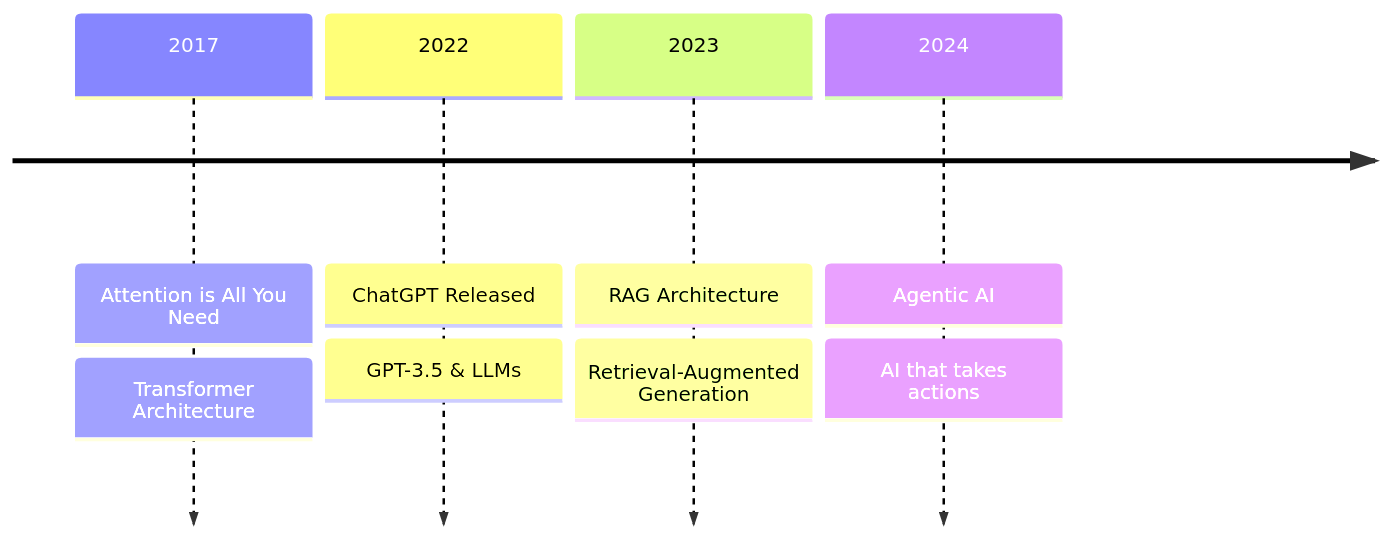
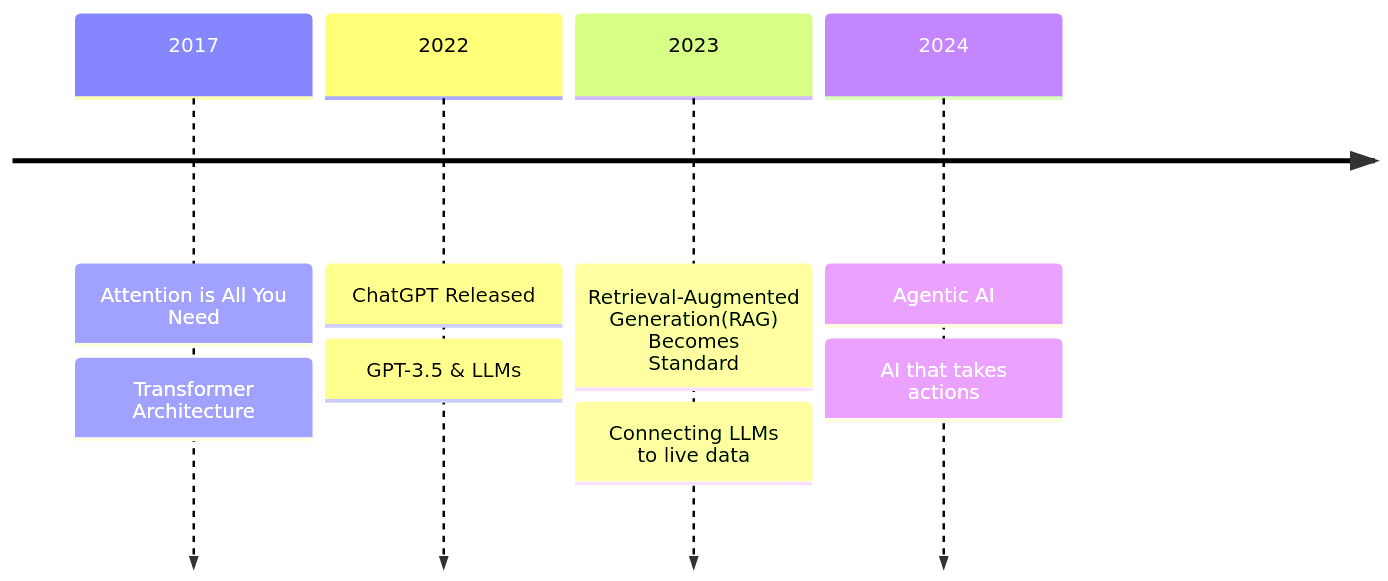
One commit to robstrader/agentic-ai-presentation changed the first of 3 diagrams in slides.md. Above: the diagram before and after it, drawn with Mermaid.

Commit message:
fix: tweak RAG wording

````diff
--- a/slides.md
+++ b/slides.md
@@ -27,11 +27,11 @@
 ```mermaid {scale: 0.75}
 timeline
     2017 : Attention is All You Need
          : Transformer Architecture
     2022 : ChatGPT Released
          : GPT-3.5 & LLMs
-    2023 : RAG Architecture
-         : Retrieval-Augmented Generation
+    2023 : Retrieval-Augmented Generation(RAG) Becomes Standard
+         : Connecting LLMs to live data
     2024 : Agentic AI
          : AI that takes actions
 ```
````
